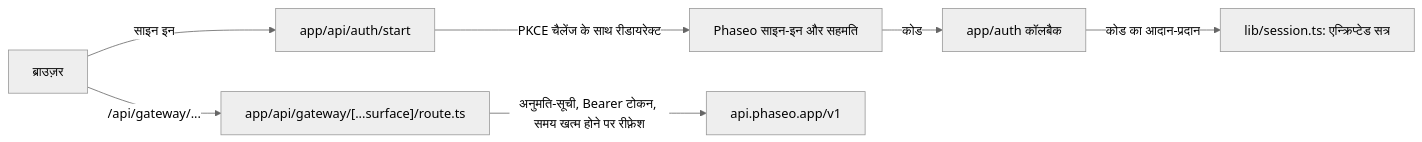
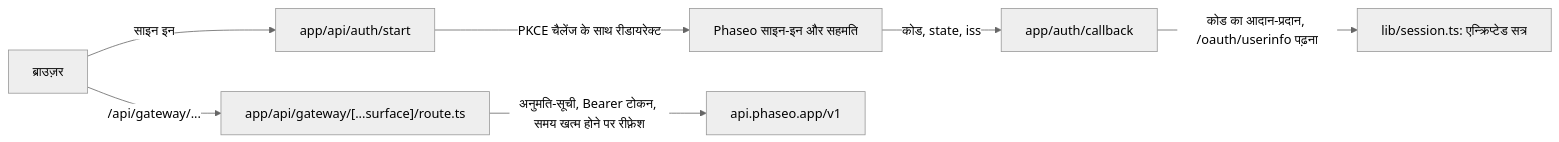
Before and after one commit to phaseoteam/Phaseo: the diagram in apps/docs/hi/v1/cookbook/build-an-oauth-nextjs-workbench.mdx, drawn with Mermaid (neutral theme). The commit also changed other lines of this file and 9 other files, not shown here.

````diff
--- a/apps/docs/hi/v1/cookbook/build-an-oauth-nextjs-workbench.mdx
+++ b/apps/docs/hi/v1/cookbook/build-an-oauth-nextjs-workbench.mdx
@@ -45,9 +45,9 @@
 ```mermaid
 flowchart LR
   browser["ब्राउज़र"] -->|"साइन इन"| start["app/api/auth/start"]
   start -->|"PKCE चैलेंज के साथ रीडायरेक्ट"| authz["Phaseo साइन-इन और सहमति"]
-  authz -->|"कोड"| cb["app/auth कॉलबैक"]
-  cb -->|"कोड का आदान-प्रदान"| sess["lib/session.ts: एन्क्रिप्टेड सत्र"]
+  authz -->|"कोड, state, iss"| cb["app/auth/callback"]
+  cb -->|"कोड का आदान-प्रदान, /oauth/userinfo पढ़ना"| sess["lib/session.ts: एन्क्रिप्टेड सत्र"]
   browser -->|"/api/gateway/..."| proxy["app/api/gateway/[...surface]/route.ts"]
   proxy -->|"अनुमति-सूची, Bearer टोकन, समय खत्म होने पर रीफ़्रेश"| gw["api.phaseo.app/v1"]
 ```
````
